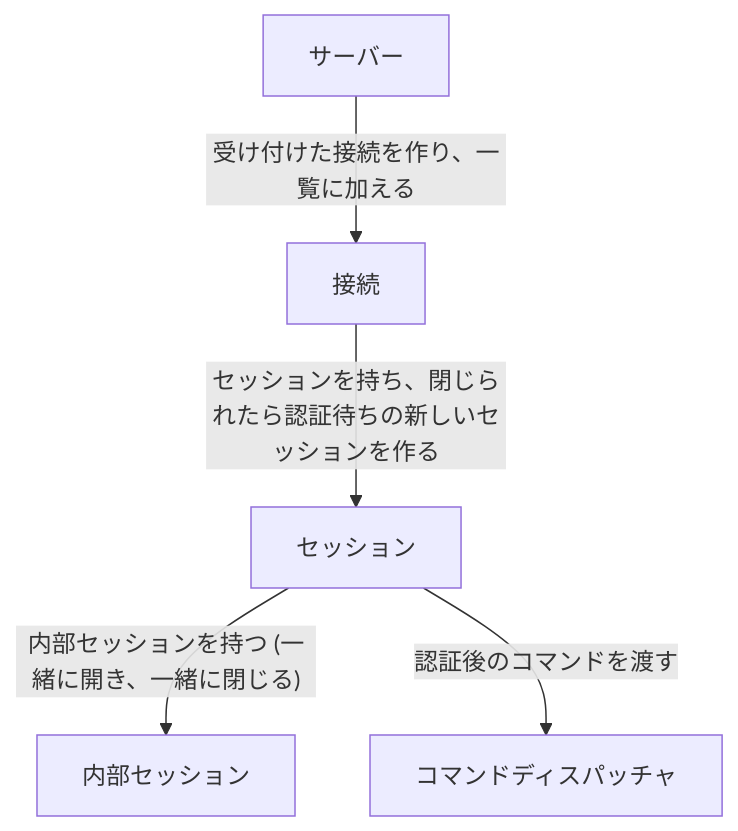
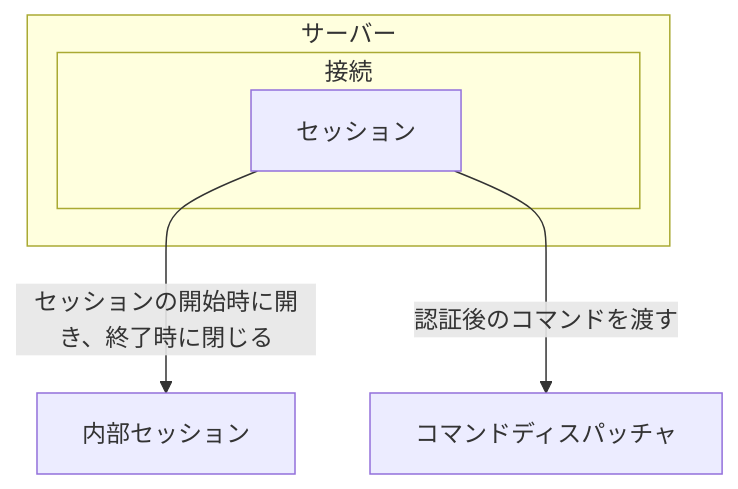
One commit to ren-yamanashi/minesql changed the first of 4 diagrams in docs/specification/connection/connection_handler.md. Above: the diagram before and after it, drawn with Mermaid. The commit also changed other lines of this file and 1 other file, not shown here.

````diff
--- a/docs/specification/connection/connection_handler.md
+++ b/docs/specification/connection/connection_handler.md
@@ -26,7 +28,10 @@
 ```mermaid
 flowchart TD
-    S["サーバー"] -->|"受け付けた接続を作り、一覧に加える"| C["接続"]
-    C -->|"セッションを持ち、閉じられたら認証待ちの新しいセッションを作る"| N["セッション"]
-    N -->|"内部セッションを持つ (一緒に開き、一緒に閉じる)"| I["内部セッション"]
+    subgraph S["サーバー"]
+        subgraph C["接続"]
+            N["セッション"]
+        end
+    end
+    N -->|"セッションの開始時に開き、終了時に閉じる"| I["内部セッション"]
     N -->|"認証後のコマンドを渡す"| D["コマンドディスパッチャ"]
 ```
````
